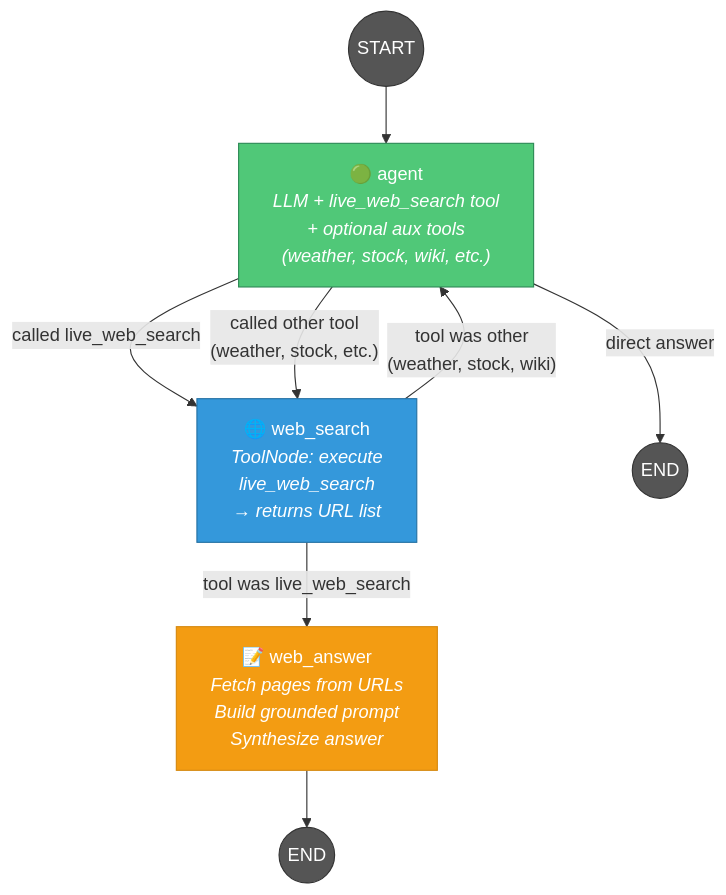
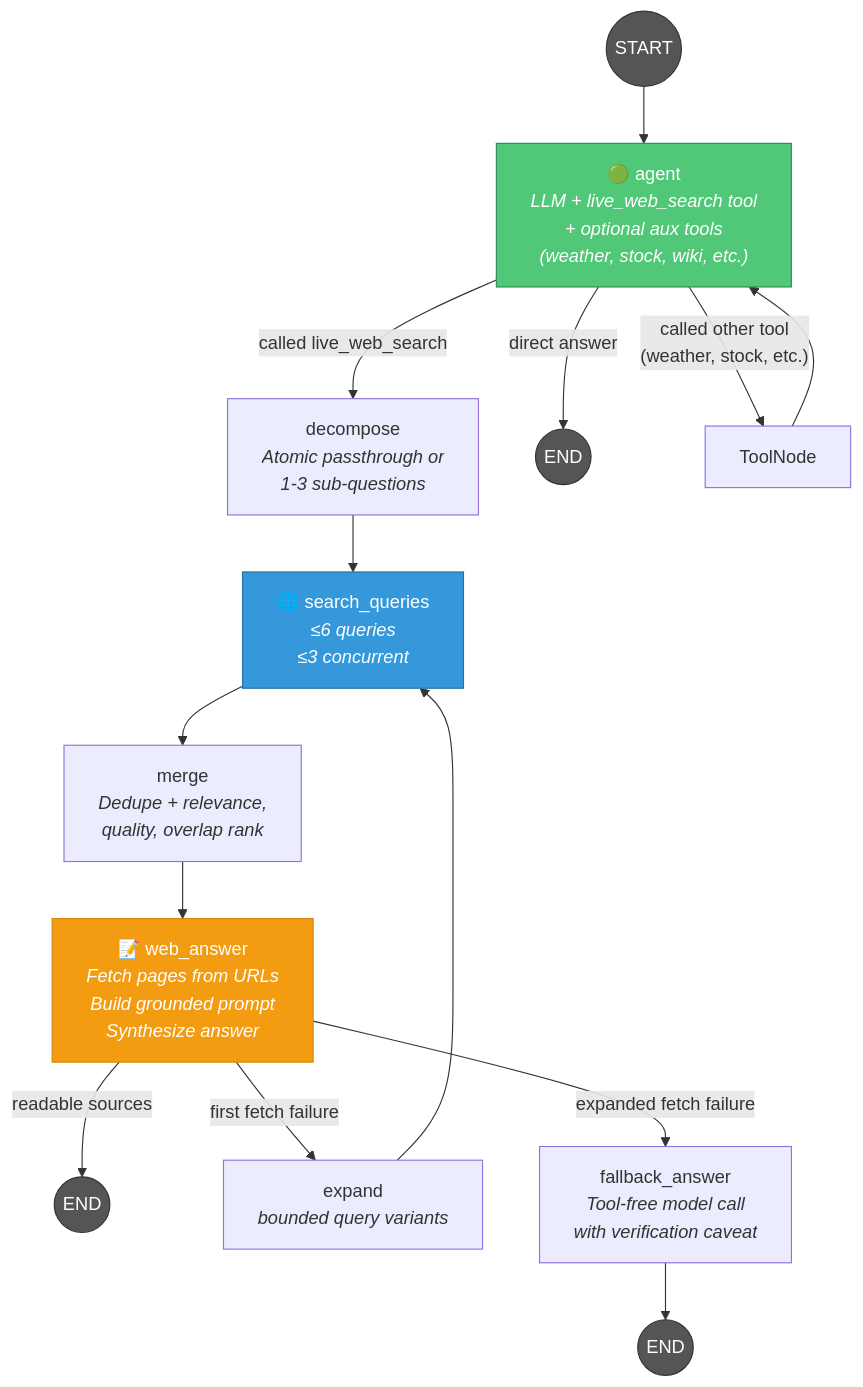
The second of 5 diagrams in docs/workflow-graphs.md (rishengW/langgraph-rag), drawn with Mermaid before and after one commit. The commit also changed other lines of this file and 44 other files, not shown here.

````diff
--- a/docs/workflow-graphs.md
+++ b/docs/workflow-graphs.md
@@ -72,20 +74,27 @@
 ```mermaid
 graph TD
     START((START)) --> agent["🟢 agent<br/><i>LLM + live_web_search tool<br/>+ optional aux tools<br/>(weather, stock, wiki, etc.)</i>"]
 
-    agent -->|"called live_web_search"| web_search["🌐 web_search<br/><i>ToolNode: execute<br/>live_web_search<br/>→ returns URL list</i>"]
+    agent -->|"called live_web_search"| decompose["decompose<br/><i>Atomic passthrough or<br/>1-3 sub-questions</i>"]
     agent -->|"direct answer"| END1((END))
-    agent -->|"called other tool<br/>(weather, stock, etc.)"| web_search
+    agent -->|"called other tool<br/>(weather, stock, etc.)"| tool_node["ToolNode"]
 
-    web_search -->|"tool was live_web_search"| web_answer["📝 web_answer<br/><i>Fetch pages from URLs<br/>Build grounded prompt<br/>Synthesize answer</i>"]
-    web_search -->|"tool was other<br/>(weather, stock, wiki)"| agent
+    decompose --> search_queries["🌐 search_queries<br/><i>≤6 queries<br/>≤3 concurrent</i>"]
+    search_queries --> merge["merge<br/><i>Dedupe + relevance,<br/>quality, overlap rank</i>"]
+    merge --> web_answer["📝 web_answer<br/><i>Fetch pages from URLs<br/>Build grounded prompt<br/>Synthesize answer</i>"]
+    tool_node --> agent
 
-    web_answer --> END2((END))
+    web_answer -->|"readable sources"| END2((END))
+    web_answer -->|"first fetch failure"| expand["expand<br/><i>bounded query variants</i>"]
+    expand --> search_queries
+    web_answer -->|"expanded fetch failure"| fallback_answer["fallback_answer<br/><i>Tool-free model call<br/>with verification caveat</i>"]
+    fallback_answer --> END3((END))
 
     style START fill:#555,stroke:#333,color:#fff
     style END1 fill:#555,stroke:#333,color:#fff
     style END2 fill:#555,stroke:#333,color:#fff
+    style END3 fill:#555,stroke:#333,color:#fff
     style agent fill:#50C878,stroke:#2E8B57,color:#fff
-    style web_search fill:#3498DB,stroke:#2471A3,color:#fff
+    style search_queries fill:#3498DB,stroke:#2471A3,color:#fff
     style web_answer fill:#F39C12,stroke:#D68910,color:#fff
 ```
````
